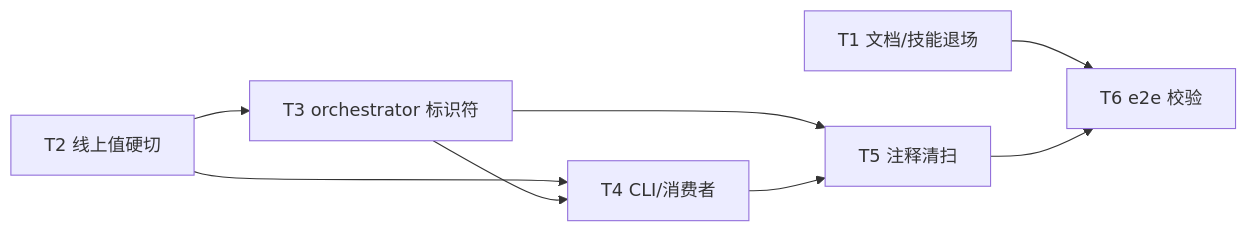
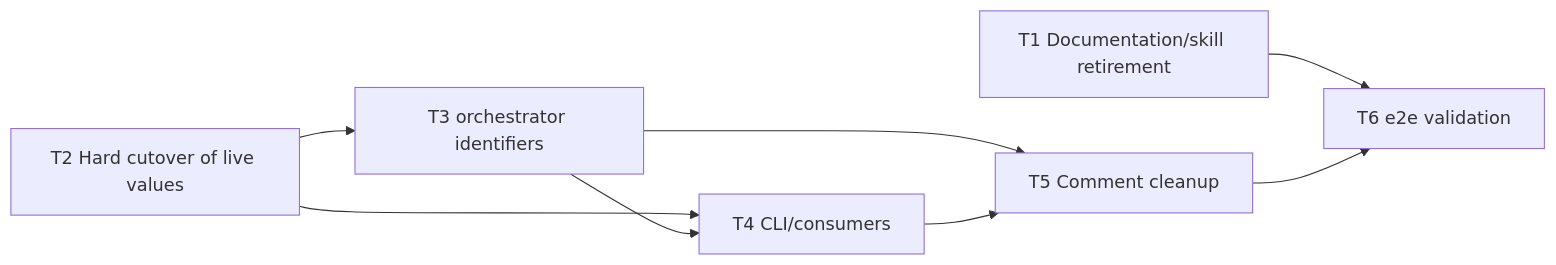
Before and after one commit to Curry09/OpenAgents: the diagram in docs/specs/0029-unify-rfc-to-spec-naming.md, drawn with Mermaid. The commit also changed other lines of this file and 461 other files, not shown here.

````diff
--- a/docs/specs/0029-unify-rfc-to-spec-naming.md
+++ b/docs/specs/0029-unify-rfc-to-spec-naming.md
@@ -209,11 +209,11 @@
 ```mermaid
 graph LR
-  T1[T1 文档/技能退场]
-  T2[T2 线上值硬切] --> T3[T3 orchestrator 标识符]
-  T2 --> T4[T4 CLI/消费者]
+  T1[T1 Documentation/skill retirement]
+  T2[T2 Hard cutover of live values] --> T3[T3 orchestrator identifiers]
+  T2 --> T4[T4 CLI/consumers]
   T3 --> T4
-  T3 --> T5[T5 注释清扫]
+  T3 --> T5[T5 Comment cleanup]
   T4 --> T5
-  T1 --> T6[T6 e2e 校验]
+  T1 --> T6[T6 e2e validation]
   T5 --> T6
 ```
````
